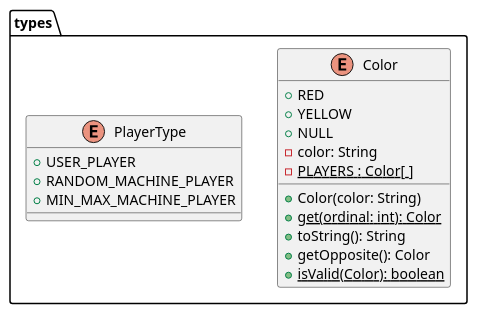
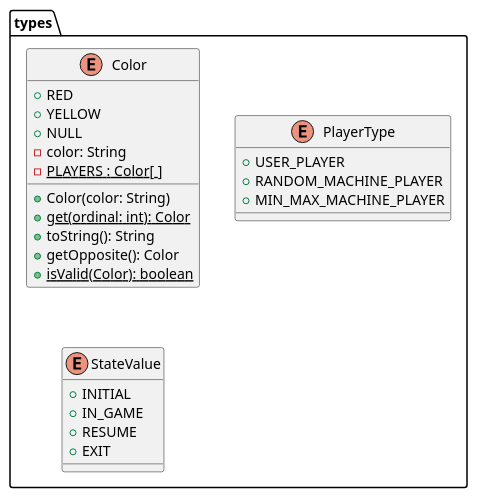
One commit to js-rom/connect4 changed the diagram in connect4/Docs/diagrams/src/packages/connect4.connect4.types.plantuml. Above: the diagram before and after it, drawn with PlantUML. The commit also changed 5 other files, not shown here.

```diff
--- a/connect4/Docs/diagrams/src/packages/connect4.connect4.types.plantuml
+++ b/connect4/Docs/diagrams/src/packages/connect4.connect4.types.plantuml
@@ -1,21 +1,27 @@
 @startuml connect4.connect4.types
 
 enum types.Color
 enum types.PlayerType
+enum types.StateValue {
+    +INITIAL
+    +IN_GAME
+    +RESUME
+    +EXIT
+}
 
 Color : +RED
 Color : +YELLOW
 Color : +NULL
 Color : -color: String
 Color : {static} -PLAYERS : Color[ ]
 Color : +Color(color: String)
 Color : {static} +get(ordinal: int): Color
 Color : +toString(): String
 Color : +getOpposite(): Color
 Color : {static} +isValid(Color): boolean
 
 PlayerType : +USER_PLAYER
 PlayerType : +RANDOM_MACHINE_PLAYER
 PlayerType : +MIN_MAX_MACHINE_PLAYER
 
 @enduml
```
